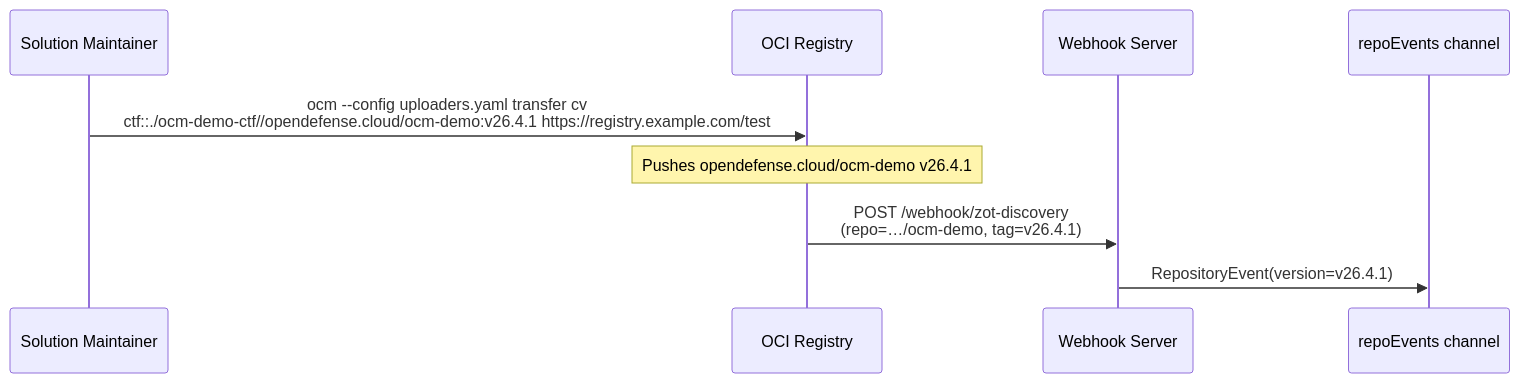
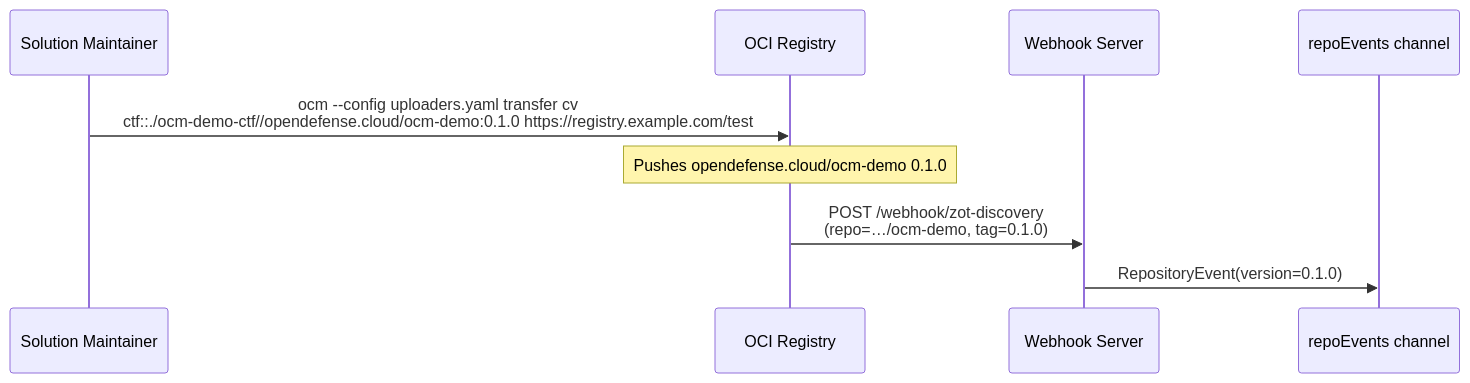
The fourth of 7 diagrams in docs/developer-guide/discovery_pipeline.md (opendefensecloud/solution-arsenal), drawn with Mermaid before and after one commit. The commit also changed other lines of this file and 39 other files, not shown here.

Commit message:
test: pull the ocm-demo component from GHCR instead of building it locally

````diff
--- a/docs/developer-guide/discovery_pipeline.md
+++ b/docs/developer-guide/discovery_pipeline.md
@@ -142,12 +142,12 @@
 ```mermaid
 sequenceDiagram
     participant Dev as Solution Maintainer
     participant Reg as OCI Registry
     participant Webhook as Webhook Server
     participant Chan as repoEvents channel
 
-    Dev->>Reg: ocm --config uploaders.yaml transfer cv<br/>ctf::./ocm-demo-ctf//opendefense.cloud/ocm-demo:v26.4.1 https://registry.example.com/test
-    Note over Reg: Pushes opendefense.cloud/ocm-demo v26.4.1
-    Reg->>Webhook: POST /webhook/zot-discovery<br/>(repo=…/ocm-demo, tag=v26.4.1)
-    Webhook->>Chan: RepositoryEvent(version=v26.4.1)
+    Dev->>Reg: ocm --config uploaders.yaml transfer cv<br/>ctf::./ocm-demo-ctf//opendefense.cloud/ocm-demo:0.1.0 https://registry.example.com/test
+    Note over Reg: Pushes opendefense.cloud/ocm-demo 0.1.0
+    Reg->>Webhook: POST /webhook/zot-discovery<br/>(repo=…/ocm-demo, tag=0.1.0)
+    Webhook->>Chan: RepositoryEvent(version=0.1.0)
 ```
````
